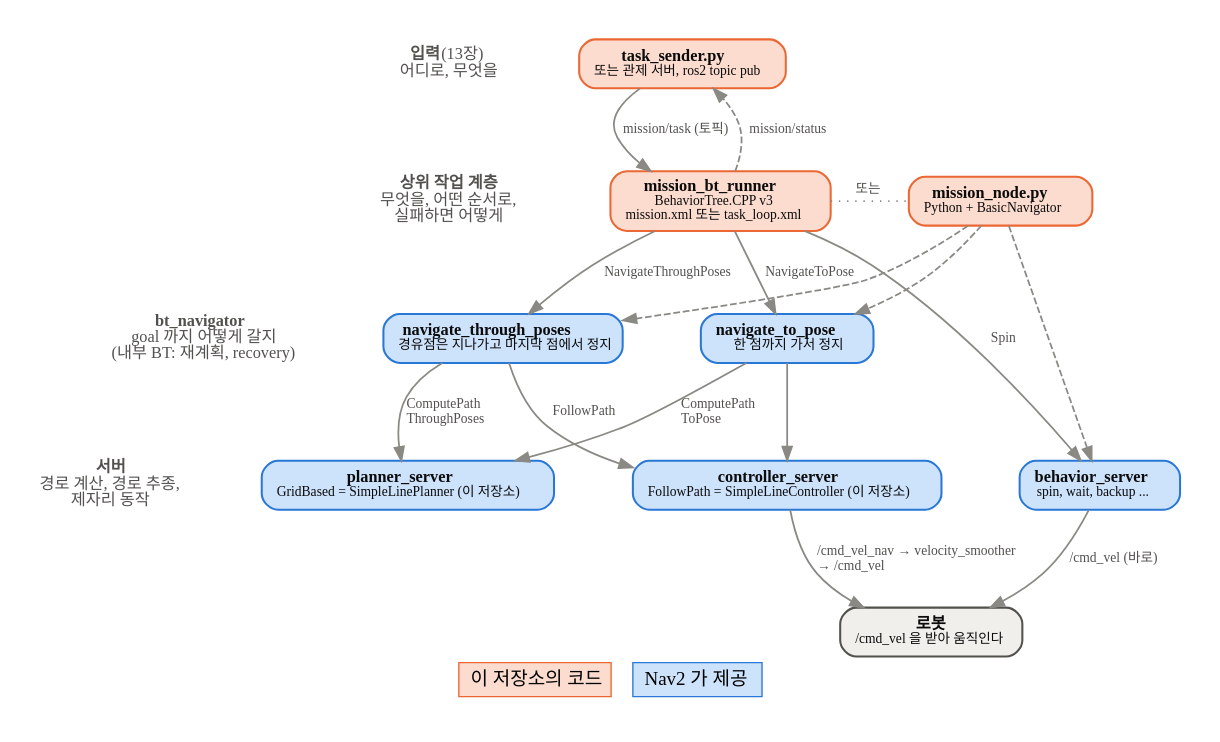
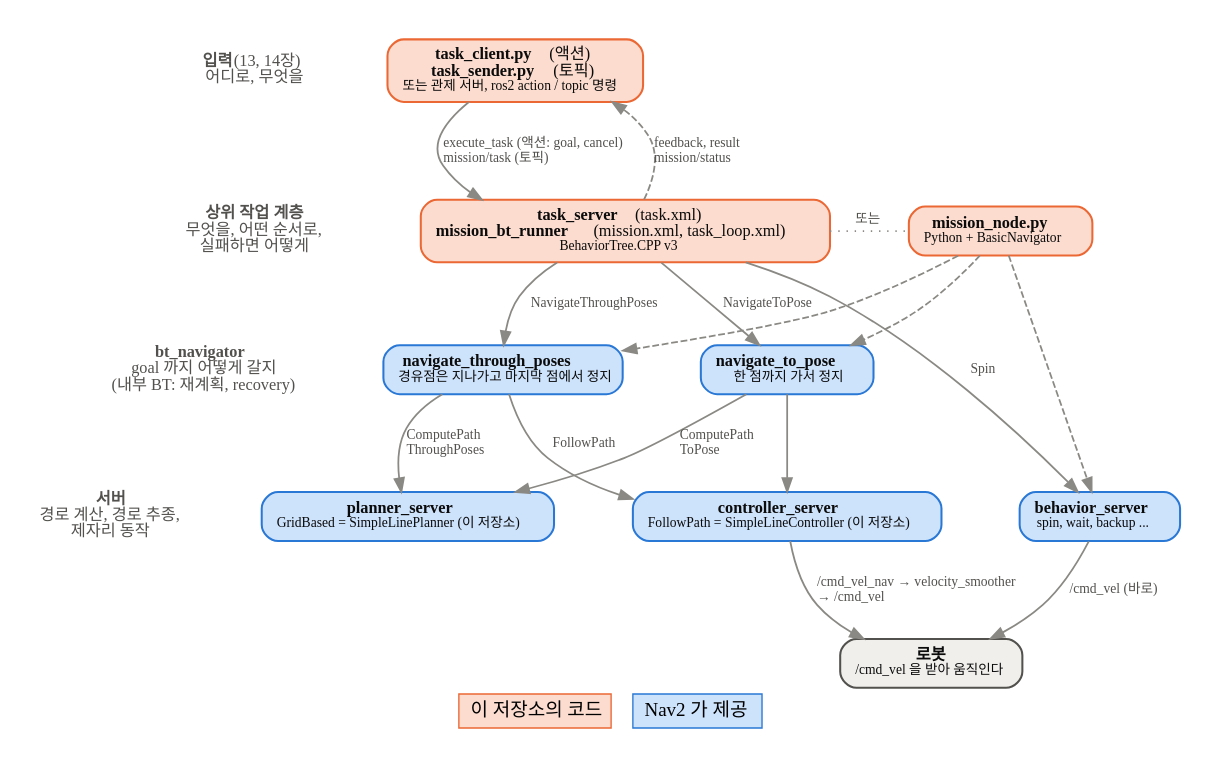
Before and after one commit to 1-roro/nav2_dwb: the diagram in simple_line/simple_line_mission/doc/layers.dot, drawn with Graphviz. The commit also changed 20 other files, not shown here.

First line of the commit message:
Run mission tasks from an ExecuteTask action server

```diff
--- a/simple_line/simple_line_mission/doc/layers.dot
+++ b/simple_line/simple_line_mission/doc/layers.dot
@@ -1,65 +1,65 @@
 // 미션 BT 가 Nav2 의 어디에 붙는지 (dot -Tpng -Gdpi=110 layers.dot -o layers.png)
 digraph layers {
   graph [rankdir=TB, fontname="NanumGothic", bgcolor="white", pad=0.3, nodesep=0.4, ranksep=0.7,
          newrank=true, labelloc=b, label=<<table border="0" cellspacing="0" cellpadding="4"><tr>
            <td bgcolor="#fbdccf" border="1" color="#eb6834">&nbsp;이 저장소의 코드&nbsp;</td><td>&nbsp;&nbsp;</td>
            <td bgcolor="#cde2fb" border="1" color="#2a78d6">&nbsp;Nav2 가 제공&nbsp;</td></tr></table>>];
   node [shape=box, style="rounded,filled", fontname="NanumGothic", fontsize=12, fontcolor="#0b0b0b",
         penwidth=1.5, margin="0.15,0.08"];
   edge [color="#8a8984", penwidth=1.3, fontname="NanumGothic", fontsize=10, fontcolor="#52514e"];
 
   // 왼쪽 열: 계층 이름
   node [shape=plaintext, style="", fontsize=12, fontcolor="#52514e", margin=0];
-  L0 [label=<<b>입력</b> (13장)<br/>어디로, 무엇을>];
+  L0 [label=<<b>입력</b> (13, 14장)<br/>어디로, 무엇을>];
   L1 [label=<<b>상위 작업 계층</b><br/>무엇을, 어떤 순서로,<br/>실패하면 어떻게>];
   L2 [label=<<b>bt_navigator</b><br/>goal 까지 어떻게 갈지<br/>(내부 BT: 재계획, recovery)>];
   L3 [label=<<b>서버</b><br/>경로 계산, 경로 추종,<br/>제자리 동작>];
   L4 [label=""];
   L0 -> L1 -> L2 -> L3 -> L4 [style=invis];
 
   node [shape=box, style="rounded,filled", fontsize=12, fontcolor="#0b0b0b", margin="0.15,0.08"];
-  ts [label=<<b>task_sender.py</b><br/><font point-size="10">또는 관제 서버, ros2 topic pub</font>>,
+  ts [label=<<b>task_client.py</b> (액션)<br/><b>task_sender.py</b> (토픽)<br/><font point-size="10">또는 관제 서버, ros2 action / topic 명령</font>>,
       fillcolor="#fbdccf", color="#eb6834"];
-  bt [label=<<b>mission_bt_runner</b><br/><font point-size="10">BehaviorTree.CPP v3<br/>mission.xml 또는 task_loop.xml</font>>,
+  bt [label=<<b>task_server</b>  (task.xml)<br/><b>mission_bt_runner</b>  (mission.xml, task_loop.xml)<br/><font point-size="10">BehaviorTree.CPP v3</font>>,
       fillcolor="#fbdccf", color="#eb6834"];
   py [label=<<b>mission_node.py</b><br/><font point-size="10">Python + BasicNavigator</font>>,
       fillcolor="#fbdccf", color="#eb6834"];
   ntp [label=<<b>navigate_through_poses</b><br/><font point-size="10">경유점은 지나가고 마지막 점에서 정지</font>>,
        fillcolor="#cde2fb", color="#2a78d6"];
   nt [label=<<b>navigate_to_pose</b><br/><font point-size="10">한 점까지 가서 정지</font>>,
       fillcolor="#cde2fb", color="#2a78d6"];
   planner [label=<<b>planner_server</b><br/><font point-size="10">GridBased = SimpleLinePlanner (이 저장소)</font>>,
            fillcolor="#cde2fb", color="#2a78d6"];
   controller [label=<<b>controller_server</b><br/><font point-size="10">FollowPath = SimpleLineController (이 저장소)</font>>,
               fillcolor="#cde2fb", color="#2a78d6"];
   behavior [label=<<b>behavior_server</b><br/><font point-size="10">spin, wait, backup ...</font>>,
             fillcolor="#cde2fb", color="#2a78d6"];
   robot [label=<<b>로봇</b><br/><font point-size="10">/cmd_vel 을 받아 움직인다</font>>,
          fillcolor="#f0efec", color="#52514e"];
 
   {rank=same; L0; ts}
   {rank=same; L1; bt; py}
   {rank=same; L2; ntp; nt}
   {rank=same; L3; planner; controller; behavior}
   {rank=same; L4; robot}
   L0 -> ts [style=invis];
   L1 -> bt [style=invis];
   bt -> py [arrowhead=none, style=dotted, label="  또는  "];
   L2 -> ntp -> nt [style=invis];
   L3 -> planner -> controller -> behavior [style=invis];
 
-  ts -> bt [label=" mission/task (토픽)"];
-  bt -> ts [style=dashed, label=" mission/status"];
+  ts -> bt [label=" execute_task (액션: goal, cancel)\l mission/task (토픽)\l"];
+  bt -> ts [style=dashed, label=" feedback, result\l mission/status\l"];
   bt -> ntp [label=" NavigateThroughPoses"];
   bt -> nt [label=" NavigateToPose"];
   py -> ntp [style=dashed];
   py -> nt [style=dashed];
   bt -> behavior [label=" Spin"];
   py -> behavior [style=dashed];
   ntp -> planner [label=" ComputePath\l ThroughPoses\l"];
   nt -> planner [label=" ComputePath\l ToPose\l"];
   ntp -> controller [label=" FollowPath"];
   nt -> controller;
   controller -> robot [label=" /cmd_vel_nav → velocity_smoother\l → /cmd_vel\l"];
   behavior -> robot [label=" /cmd_vel (바로)"];
 }
```
